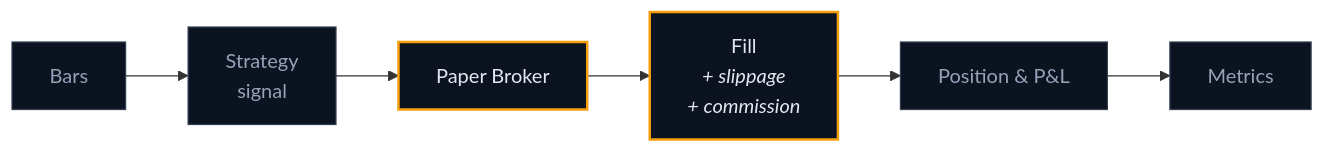
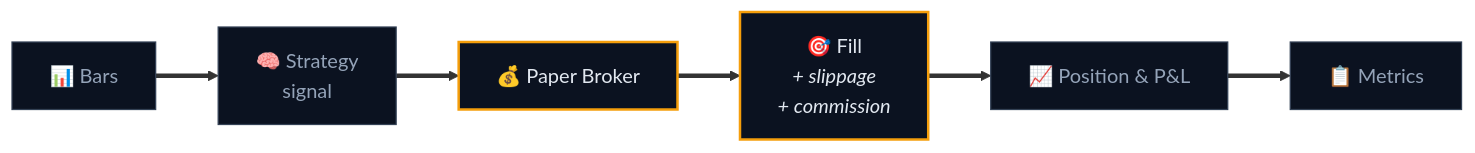
Before and after one commit to wealthwise-advisors/trading-platform: the fourth of 6 diagrams in README.md, drawn with Mermaid. The commit also changed other lines of this file and 2 other files, not shown here.

First line of the commit message:
Rework the README: animated diagrams, a real folder structure, a rewritten opening

````diff
--- a/README.md
+++ b/README.md
@@ -309,13 +453,13 @@
 ```mermaid
 flowchart LR
-    D["Bars"] --> S["Strategy<br/>signal"]
-    S --> B["Paper Broker"]
-    B --> F["Fill<br/><i>+ slippage<br/>+ commission</i>"]
-    F --> PL["Position & P&L"]
-    PL --> M["Metrics"]
+    D["📊 Bars"] ==> S["🧠 Strategy<br/>signal"]
+    S ==> B["💰 Paper Broker"]
+    B ==> F["🎯 Fill<br/><i>+ slippage<br/>+ commission</i>"]
+    F ==> PL["📈 Position & P&L"]
+    PL ==> M["📋 Metrics"]
 
     classDef n fill:#0b1220,stroke:#334155,stroke-width:1px,color:#94a3b8
     classDef h fill:#0b1220,stroke:#f59e0b,stroke-width:2px,color:#e2e8f0
     class D,S,PL,M n
     class B,F h
 ```
````
